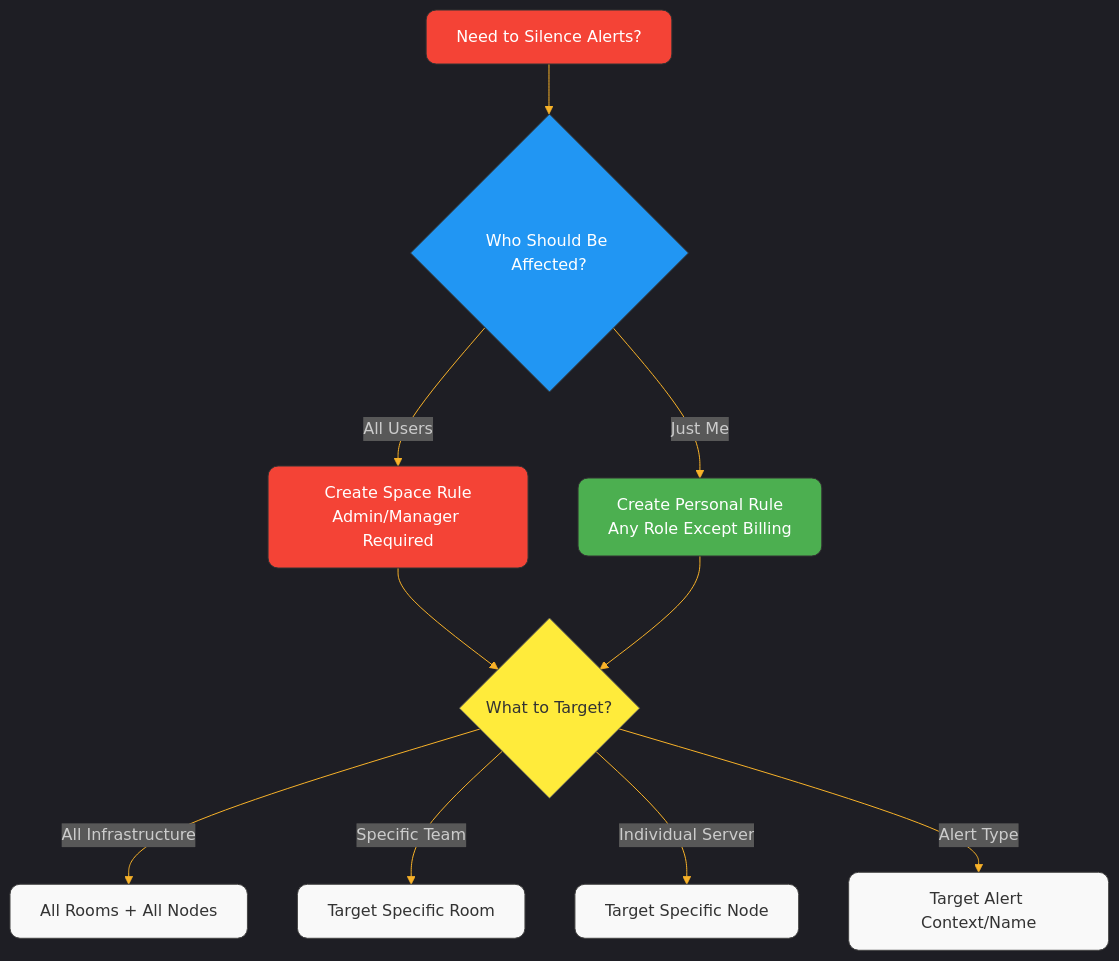
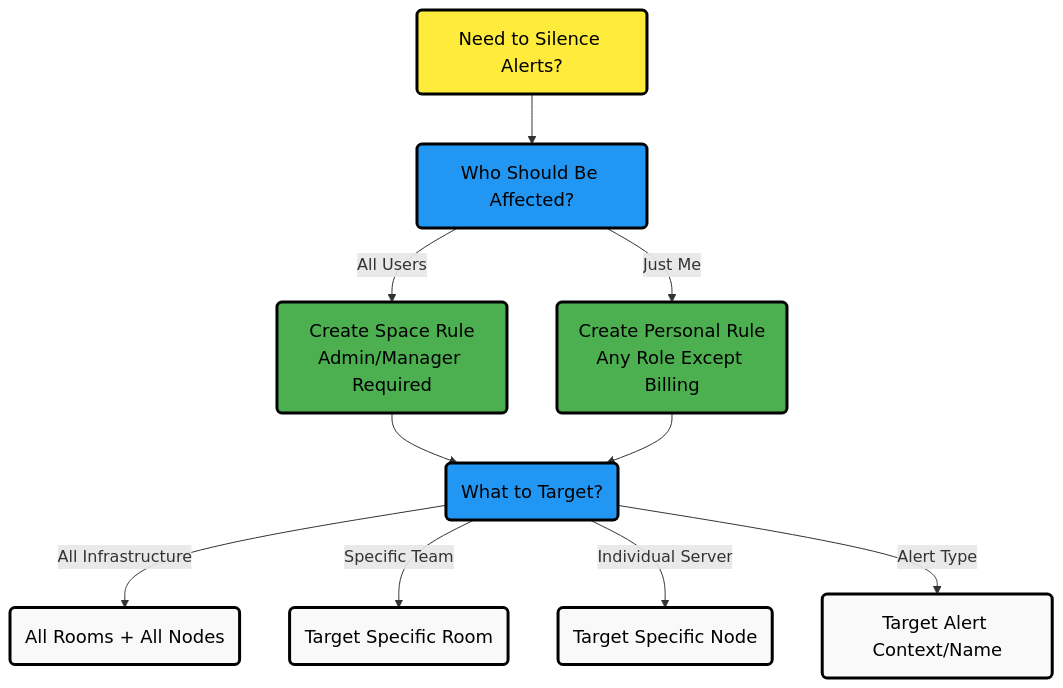
Before and after one commit to netdata/netdata: the second of 2 diagrams in docs/alerts-and-notifications/notifications/centralized-cloud-notifications/manage-alert-notification-silencing-rules.md, drawn with Mermaid. The commit also changed other lines of this file and 21 other files, not shown here.

Commit message:
Fix Mermaid diagrams across multiple files

````diff
--- a/docs/alerts-and-notifications/notifications/centralized-cloud-notifications/manage-alert-notification-silencing-rules.md
+++ b/docs/alerts-and-notifications/notifications/centralized-cloud-notifications/manage-alert-notification-silencing-rules.md
@@ -32,28 +33,28 @@
 ```mermaid
-%%{init: {'theme': 'dark', 'themeVariables': { 'primaryColor': '#2b2b2b', 'primaryTextColor': '#fff', 'primaryBorderColor': '#7C0000', 'lineColor': '#F8B229', 'secondaryColor': '#006100', 'tertiaryColor': '#333'}}}%%
 flowchart TD
-    Start[Need to Silence Alerts?] --> Scope{Who Should Be Affected?}
-    style Start fill:#f44336,stroke:#333,color:#fff,stroke-width:1px,rx:10,ry:10
-    style Scope fill:#2196F3,stroke:#333,color:#fff,stroke-width:1px,rx:10,ry:10
+    Start("Need to Silence Alerts?") --> Scope("Who Should Be Affected?")
     
-    Scope -->|All Users| SpaceRule[Create Space Rule<br/>Admin/Manager Required]
-    Scope -->|Just Me| PersonalRule[Create Personal Rule<br/>Any Role Except Billing]
+    Scope -->|"All Users"| SpaceRule("Create Space Rule<br/>Admin/Manager Required")
+    Scope -->|"Just Me"| PersonalRule("Create Personal Rule<br/>Any Role Except Billing")
     
-    style SpaceRule fill:#f44336,stroke:#333,color:#fff,stroke-width:1px,rx:10,ry:10
-    style PersonalRule fill:#4caf50,stroke:#333,color:#fff,stroke-width:1px,rx:10,ry:10
-    
-    SpaceRule --> Target{What to Target?}
+    SpaceRule --> Target("What to Target?")
     PersonalRule --> Target
     
-    style Target fill:#ffeb3b,stroke:#555,color:#333,stroke-width:1px,rx:10,ry:10
+    Target -->|"All Infrastructure"| AllNodes("All Rooms + All Nodes")
+    Target -->|"Specific Team"| SpecificRoom("Target Specific Room")
+    Target -->|"Individual Server"| SpecificNode("Target Specific Node")
+    Target -->|"Alert Type"| SpecificAlert("Target Alert Context/Name")
     
-    Target -->|All Infrastructure| AllNodes[All Rooms + All Nodes]
-    Target -->|Specific Team| SpecificRoom[Target Specific Room]
-    Target -->|Individual Server| SpecificNode[Target Specific Node]
-    Target -->|Alert Type| SpecificAlert[Target Alert Context/Name]
-    
-    style AllNodes fill:#f9f9f9,stroke:#444,color:#333,stroke-width:1px,rx:10,ry:10
-    style SpecificRoom fill:#f9f9f9,stroke:#444,color:#333,stroke-width:1px,rx:10,ry:10
-    style SpecificNode fill:#f9f9f9,stroke:#444,color:#333,stroke-width:1px,rx:10,ry:10
-    style SpecificAlert fill:#f9f9f9,stroke:#444,color:#333,stroke-width:1px,rx:10,ry:10
+    %% Style definitions
+    classDef alert fill:#ffeb3b,stroke:#000000,stroke-width:3px,color:#000000,font-size:18px
+    classDef neutral fill:#f9f9f9,stroke:#000000,stroke-width:3px,color:#000000,font-size:18px
+    classDef complete fill:#4caf50,stroke:#000000,stroke-width:3px,color:#000000,font-size:18px
+    classDef database fill:#2196F3,stroke:#000000,stroke-width:3px,color:#000000,font-size:18px
+
+    %% Apply styles
+    class Start alert
+    class Scope,Target database
+    class SpaceRule complete
+    class PersonalRule complete
+    class AllNodes,SpecificRoom,SpecificNode,SpecificAlert neutral
 ```
````
